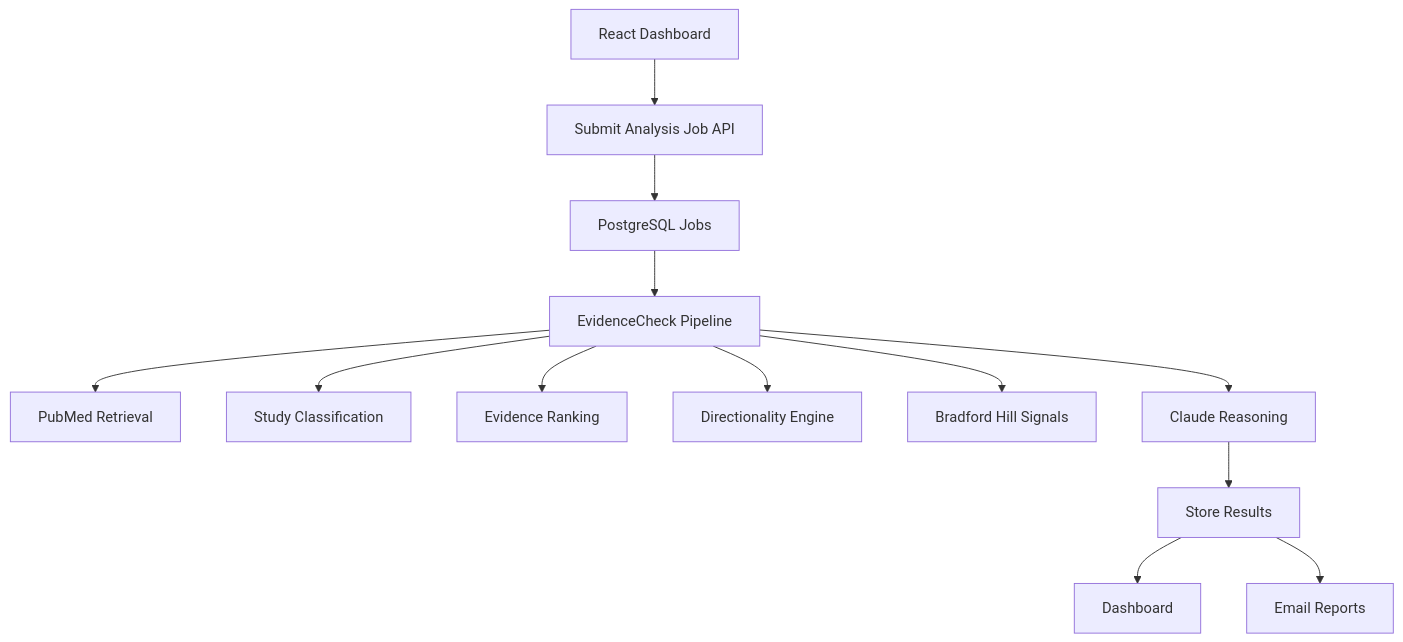
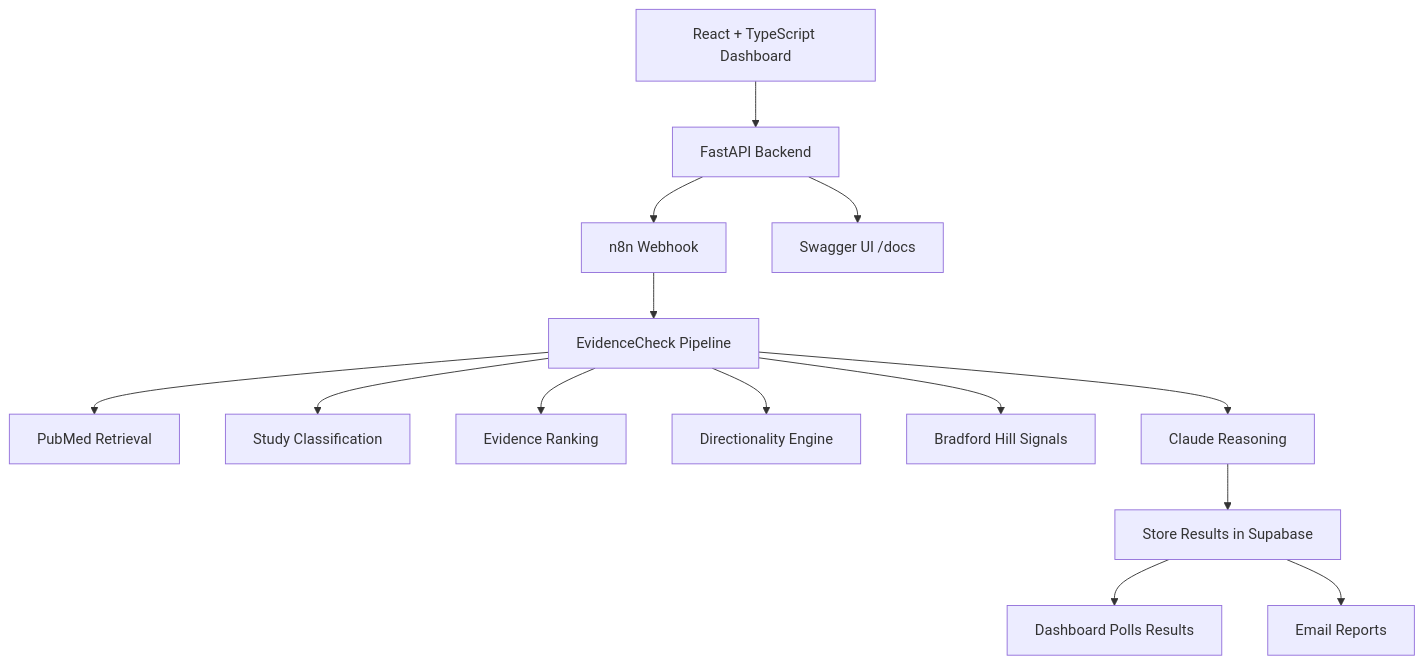
The diagram in README.md (alejandro-orbis/EvidenceCheck-AI), drawn with Mermaid before and after one commit. The commit also changed other lines of this file, not shown here.

First line of the commit message:
Revise README for architecture and tech stack updates

````diff
--- a/README.md
+++ b/README.md
@@ -238,22 +238,24 @@
 ```mermaid
 flowchart TD
 
-A[React Dashboard]
---> B[Submit Analysis Job API]
+A[React + TypeScript Dashboard]
+--> B[FastAPI Backend]
 
-B --> C[PostgreSQL Jobs]
+B --> C[n8n Webhook]
 
 C --> D[EvidenceCheck Pipeline]
 
 D --> E[PubMed Retrieval]
 D --> F[Study Classification]
 D --> G[Evidence Ranking]
 D --> H[Directionality Engine]
 D --> I[Bradford Hill Signals]
 D --> J[Claude Reasoning]
 
-J --> K[Store Results]
+J --> K[Store Results in Supabase]
 
-K --> L[Dashboard]
+K --> L[Dashboard Polls Results]
 K --> M[Email Reports]
+
+B --> N[Swagger UI /docs]
 ```
````
